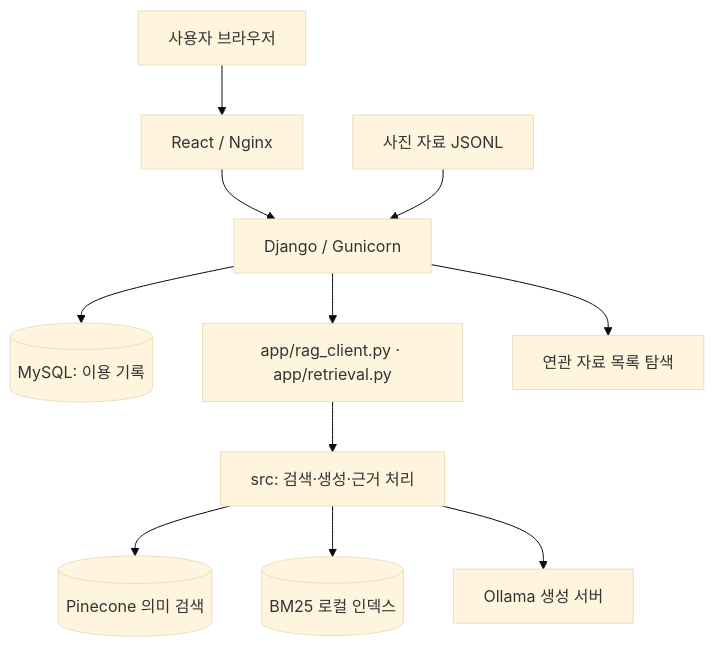
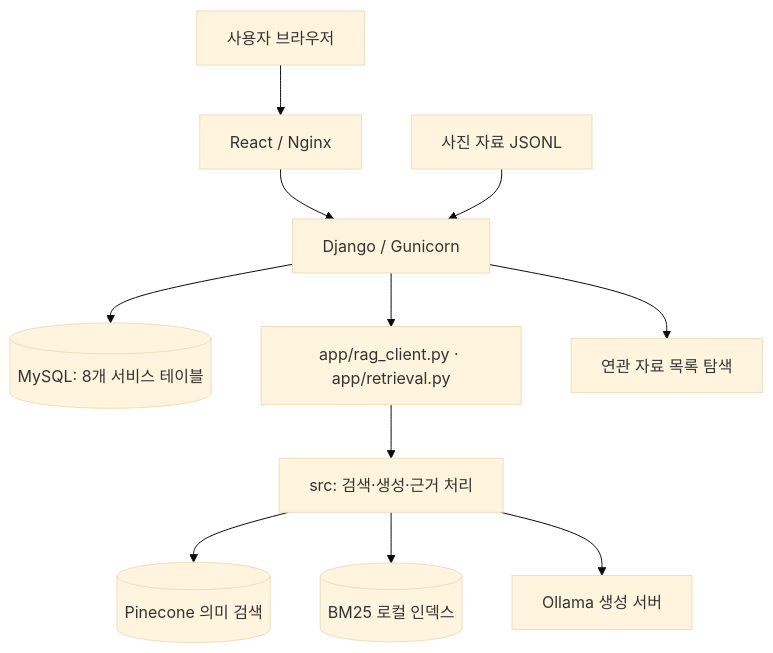
The first of 3 diagrams in docs/deliverables/03_architecture.md (SpicyAutumn/SKN33-4th-1Team), drawn with Mermaid (base theme) before and after one commit. The commit also changed other lines of this file and 10 other files, not shown here.

Commit message:
docs: align final deliverables with current service schema

````diff
--- a/docs/deliverables/03_architecture.md
+++ b/docs/deliverables/03_architecture.md
@@ -5,13 +5,13 @@
 ```mermaid
 flowchart TB
     U["사용자 브라우저"] --> WEB["React / Nginx"]
     WEB --> API["Django / Gunicorn"]
-    API --> DB[("MySQL: 이용 기록")]
+    API --> DB[("MySQL: 8개 서비스 테이블")]
     API --> BRIDGE["app/rag_client.py · app/retrieval.py"]
     BRIDGE --> CORE["src: 검색·생성·근거 처리"]
     CORE --> VECTOR[("Pinecone 의미 검색")]
     CORE --> BM25[("BM25 로컬 인덱스")]
     CORE --> LLM["Ollama 생성 서버"]
     MEDIA["사진 자료 JSONL"] --> API
     API --> REC["연관 자료 목록 탐색"]
 ```
````
